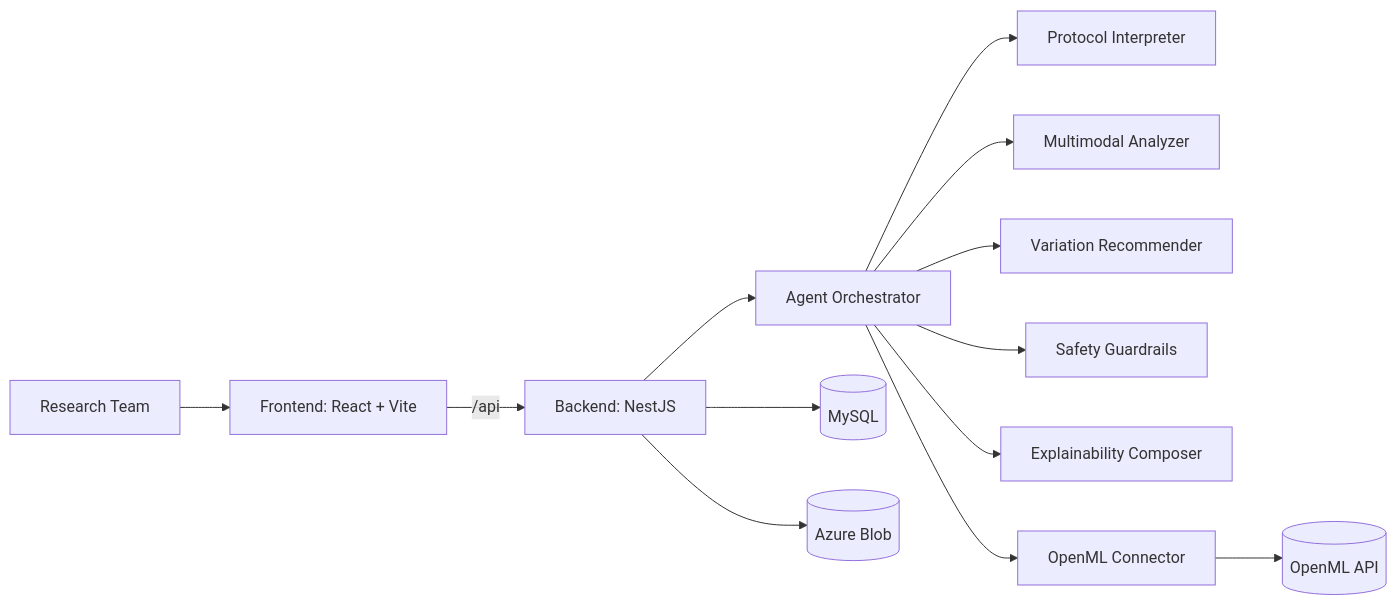
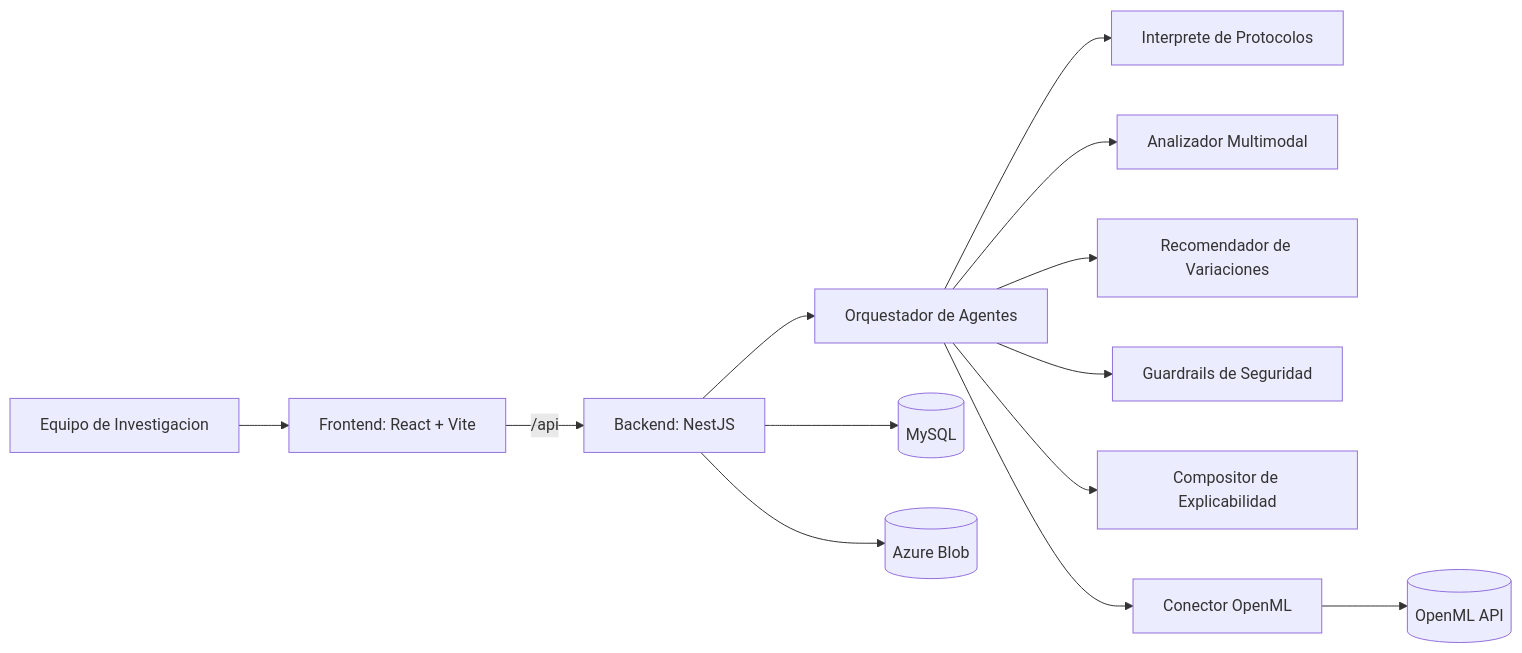
Before and after one commit to Sapient-Lab/.github: the first of 2 diagrams in profile/README.md, drawn with Mermaid. The commit also changed other lines of this file, not shown here.

````diff
--- a/profile/README.md
+++ b/profile/README.md
@@ -72,17 +72,17 @@
 ```mermaid
 flowchart LR
-	R[Research Team] --> FE[Frontend: React + Vite]
+	R[Equipo de Investigacion] --> FE[Frontend: React + Vite]
 	FE -->|/api| BE[Backend: NestJS]
 
-	BE --> AO[Agent Orchestrator]
-	AO --> PI[Protocol Interpreter]
-	AO --> MA[Multimodal Analyzer]
-	AO --> RV[Variation Recommender]
-	AO --> SG[Safety Guardrails]
-	AO --> EX[Explainability Composer]
-	AO --> OM[OpenML Connector]
+	BE --> AO[Orquestador de Agentes]
+	AO --> PI[Interprete de Protocolos]
+	AO --> MA[Analizador Multimodal]
+	AO --> RV[Recomendador de Variaciones]
+	AO --> SG[Guardrails de Seguridad]
+	AO --> EX[Compositor de Explicabilidad]
+	AO --> OM[Conector OpenML]
 
 	OM --> OAPI[(OpenML API)]
 	BE --> DB[(MySQL)]
 	BE --> BLOB[(Azure Blob)]
 ```
````
